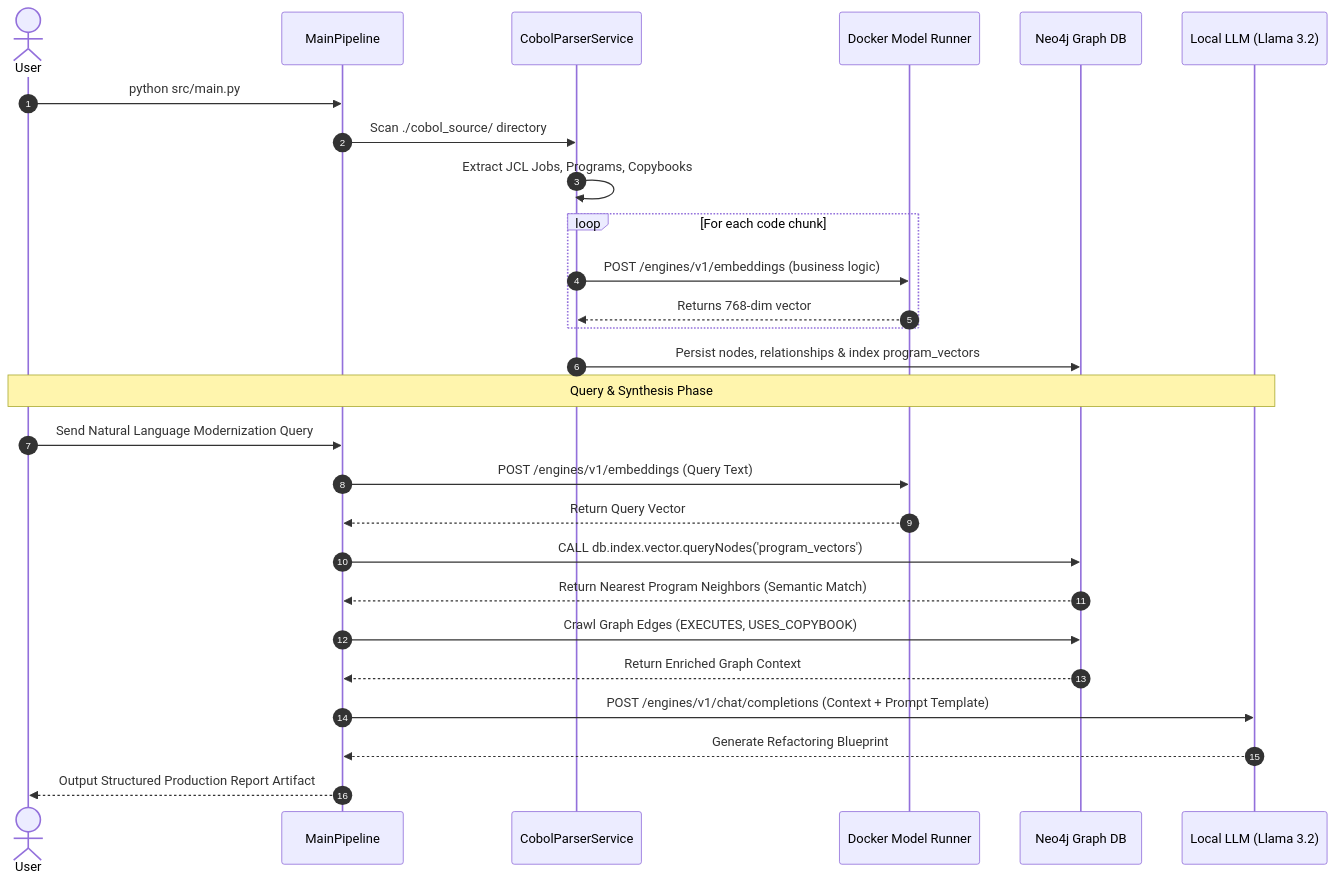
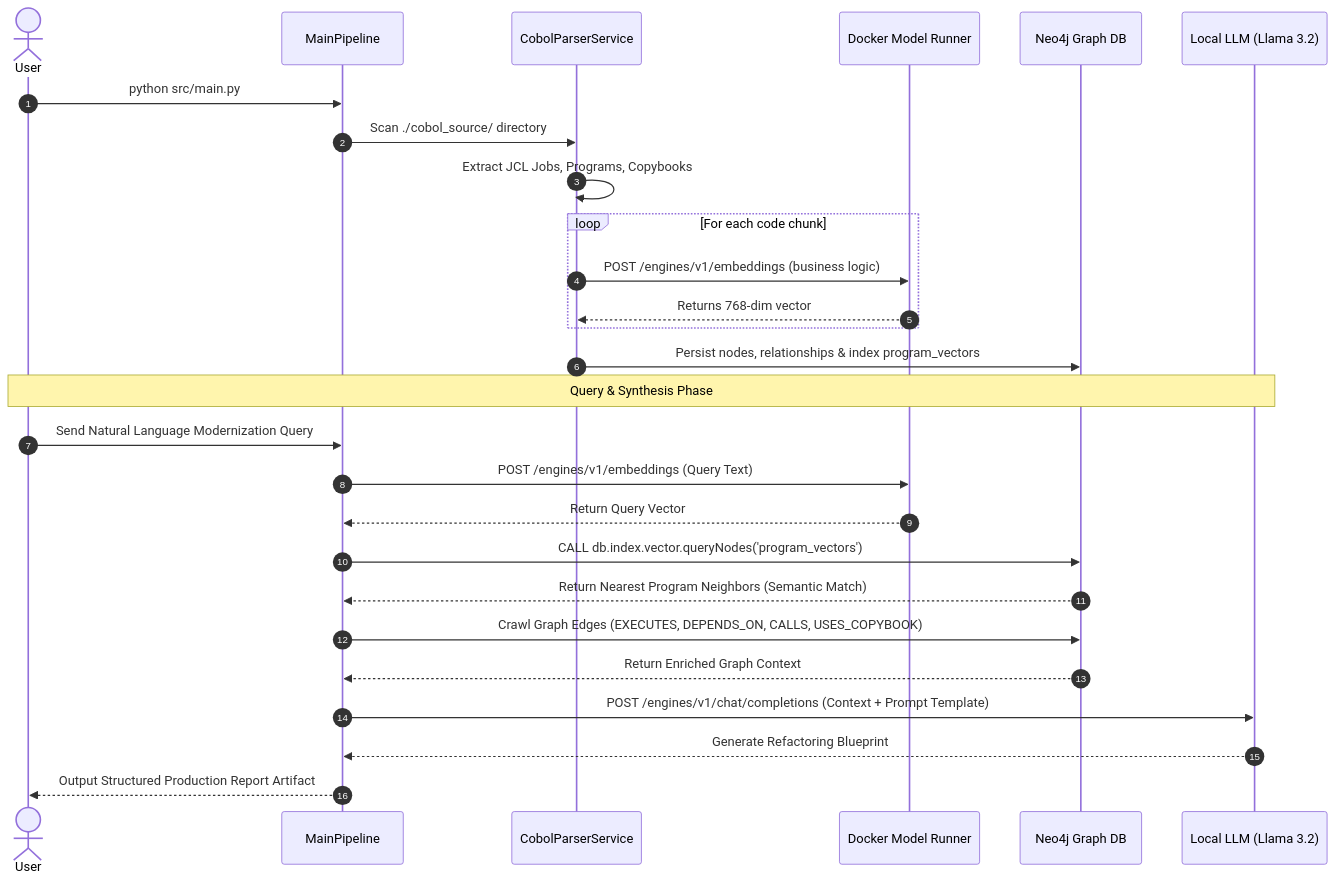
The third of 4 diagrams in README.md (pritamnikam/cobol-graphrag-modernizer), drawn with Mermaid before and after one commit. The commit also changed other lines of this file and 5 other files, not shown here.

````diff
--- a/README.md
+++ b/README.md
@@ -272,37 +300,37 @@
 ```mermaid
 sequenceDiagram
     autonumber
     actor User
     participant Main as MainPipeline
     participant Parser as CobolParserService
     participant Docker as Docker Model Runner
     participant Neo4j as Neo4j Graph DB
     participant LLM as Local LLM (Llama 3.2)
 
     User->>Main: python src/main.py
     Main->>Parser: Scan ./cobol_source/ directory
     Parser->>Parser: Extract JCL Jobs, Programs, Copybooks
     
     loop For each code chunk
         Parser->>Docker: POST /engines/v1/embeddings (business logic)
         Docker-->>Parser: Returns 768-dim vector
     end
 
     Parser->>Neo4j: Persist nodes, relationships & index program_vectors
     
     Note over User, LLM: Query & Synthesis Phase
     User->>Main: Send Natural Language Modernization Query
     Main->>Docker: POST /engines/v1/embeddings (Query Text)
     Docker-->>Main: Return Query Vector
     
     Main->>Neo4j: CALL db.index.vector.queryNodes('program_vectors')
     Neo4j-->>Main: Return Nearest Program Neighbors (Semantic Match)
     
-    Main->>Neo4j: Crawl Graph Edges (EXECUTES, USES_COPYBOOK)
+    Main->>Neo4j: Crawl Graph Edges (EXECUTES, DEPENDS_ON, CALLS, USES_COPYBOOK)
     Neo4j-->>Main: Return Enriched Graph Context
     
     Main->>LLM: POST /engines/v1/chat/completions (Context + Prompt Template)
     LLM-->>Main: Generate Refactoring Blueprint
     Main-->>User: Output Structured Production Report Artifact
 
 ```
````
